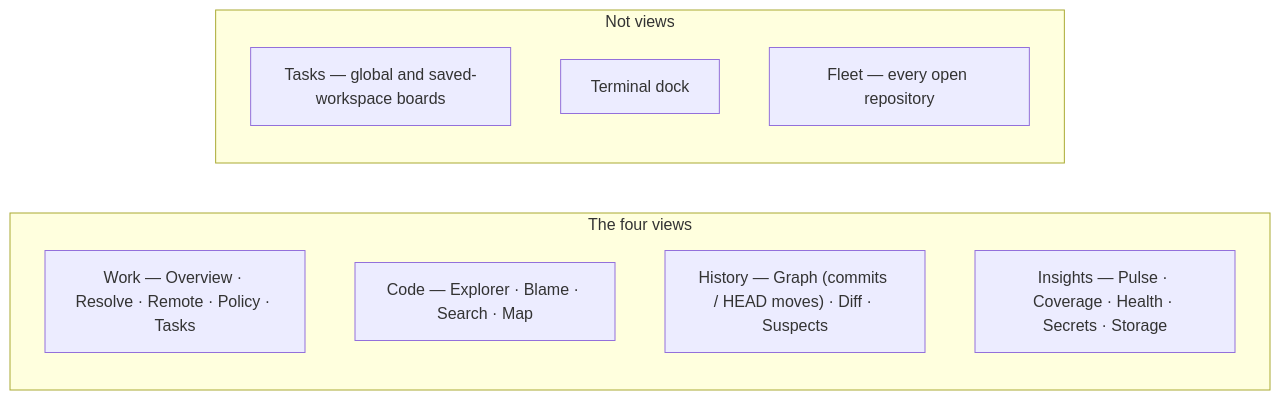
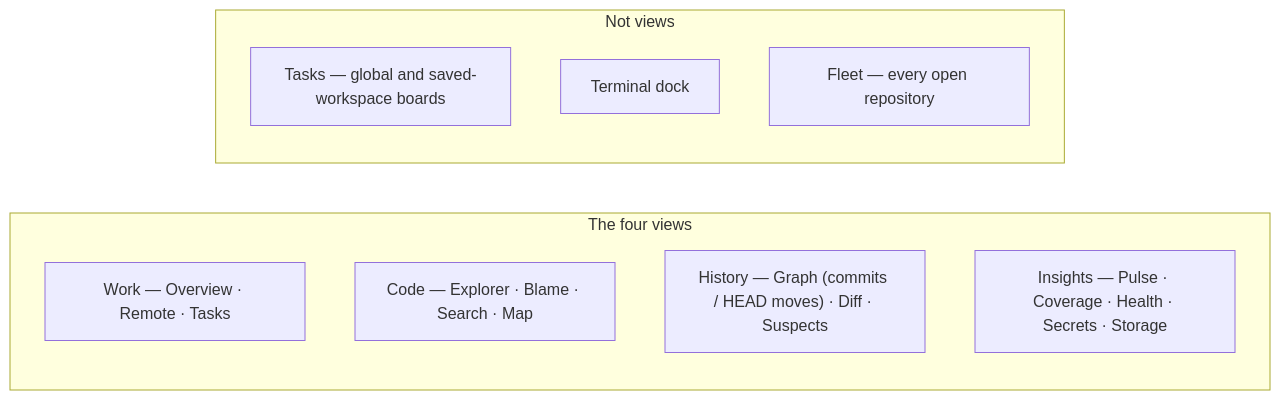
Before and after one commit to bharathvbcr/GitPulse: the diagram in wiki/Home.md, drawn with Mermaid. The commit also changed 22 other files, not shown here.

First line of the commit message:
refactor(work): retire ManviOpsPanel, ManviHarnessPane and PolicyPane; contracts and docs follow the cards

````diff
--- a/wiki/Home.md
+++ b/wiki/Home.md
@@ -32,14 +32,14 @@
 ```mermaid
 flowchart LR
     subgraph Views["The four views"]
-        Work["Work — Overview · Resolve · Remote · Policy · Tasks"]
+        Work["Work — Overview · Remote · Tasks"]
         Code["Code — Explorer · Blame · Search · Map"]
         History["History — Graph (commits / HEAD moves) · Diff · Suspects"]
         Insights["Insights — Pulse · Coverage · Health · Secrets · Storage"]
     end
     subgraph Beside["Not views"]
         Tasks["Tasks — global and saved-workspace boards"]
         Terminal["Terminal dock"]
         Fleet["Fleet — every open repository"]
     end
 ```
````
